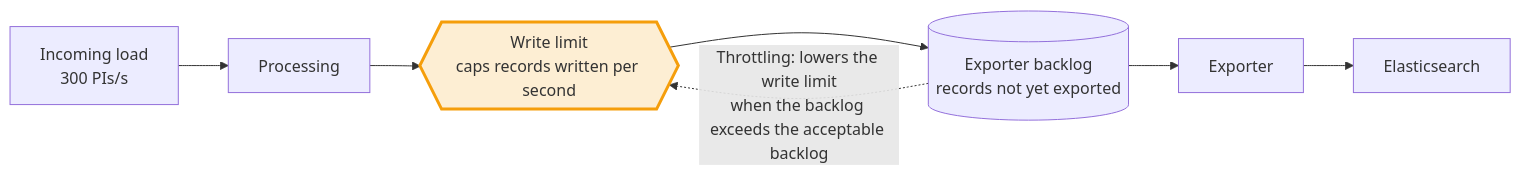
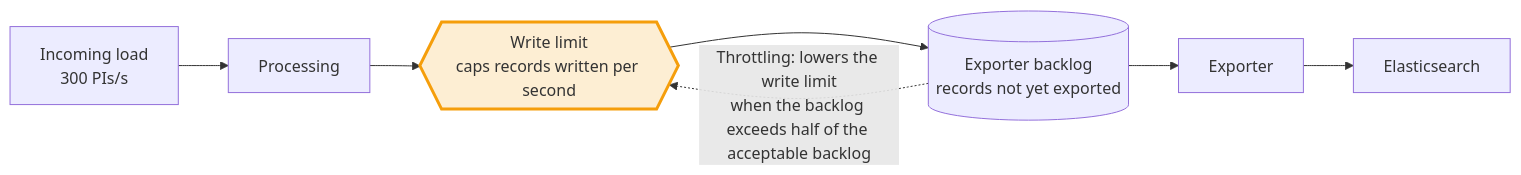
Before and after one commit to zeebe-io/zeebe-chaos: the second of 7 diagrams in chaos-days/blog/2026-10-15-Experiment-with-flow-control/index.md, drawn with Mermaid.

Commit message:
blog: align the first diagram with the throttling threshold
The edge label of the first diagram still said the throttling starts
when the backlog exceeds the acceptable backlog, while the text says it
starts at half of it. A reader tuning the acceptable backlog from the
diagram would expect full throughput up to the setting.

````diff
--- a/chaos-days/blog/2026-10-15-Experiment-with-flow-control/index.md
+++ b/chaos-days/blog/2026-10-15-Experiment-with-flow-control/index.md
@@ -61,12 +61,12 @@
 ```mermaid
 flowchart LR
     A["Incoming load<br/>300 PIs/s"] --> B["Processing"]
     B --> W{{"Write limit<br/>caps records written per second"}}
     W --> Q[("Exporter backlog<br/>records not yet exported")]
     Q --> X["Exporter"]
     X --> E["Elasticsearch"]
-    Q -. "Throttling: lowers the write limit<br/>when the backlog exceeds the acceptable backlog" .-> W
+    Q -. "Throttling: lowers the write limit<br/>when the backlog exceeds half of the acceptable backlog" .-> W
     classDef knob fill:#f59e0b,fill-opacity:0.18,stroke:#f59e0b,stroke-width:3px
     classDef off fill:none,stroke:#9ca3af,stroke-dasharray:4 4,color:#9ca3af
     class W knob
 ```
````
